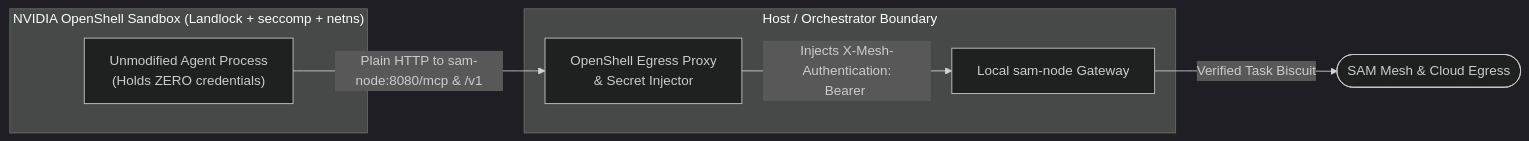
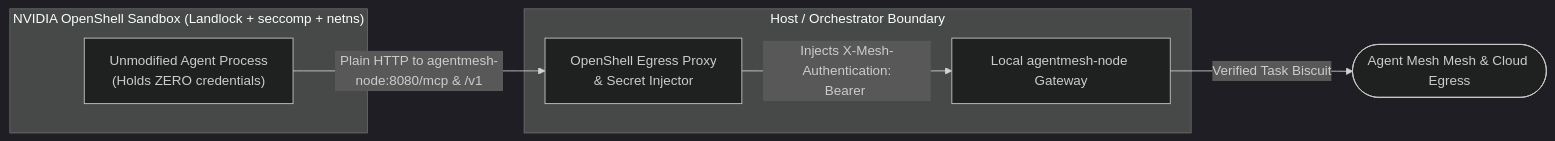
One commit to aojea/sam changed the diagram in site/content/docs/preview/sandboxed-agents.md. Above: the diagram before and after it, drawn with Mermaid (dark theme). The commit also changed other lines of this file and 59 other files, not shown here.

Commit message:
docs: update Hugo site, documentation, README, and AGENTS.md for Agent Mesh

````diff
--- a/site/content/docs/preview/sandboxed-agents.md
+++ b/site/content/docs/preview/sandboxed-agents.md
@@ -31,15 +31,15 @@
 ```mermaid
 flowchart LR
   subgraph OpenShell["NVIDIA OpenShell Sandbox (Landlock + seccomp + netns)"]
     Harness["Unmodified Agent Process<br/>(Holds ZERO credentials)"]
   end
   subgraph Host["Host / Orchestrator Boundary"]
     OSProxy["OpenShell Egress Proxy<br/>& Secret Injector"]
-    SamNode["Local sam-node Gateway"]
+    AgentMeshNode["Local agentmesh-node Gateway"]
   end
-  Mesh(["SAM Mesh & Cloud Egress"])
+  Mesh(["Agent Mesh Mesh & Cloud Egress"])
 
-  Harness -- "Plain HTTP to sam-node:8080/mcp & /v1" --> OSProxy
-  OSProxy -- "Injects X-Mesh-Authentication:<br/>Bearer <Sealed-Task-Biscuit>" --> SamNode
-  SamNode -- "Verified Task Biscuit" --> Mesh
+  Harness -- "Plain HTTP to agentmesh-node:8080/mcp & /v1" --> OSProxy
+  OSProxy -- "Injects X-Mesh-Authentication:<br/>Bearer <Sealed-Task-Biscuit>" --> AgentMeshNode
+  AgentMeshNode -- "Verified Task Biscuit" --> Mesh
 ```
````
